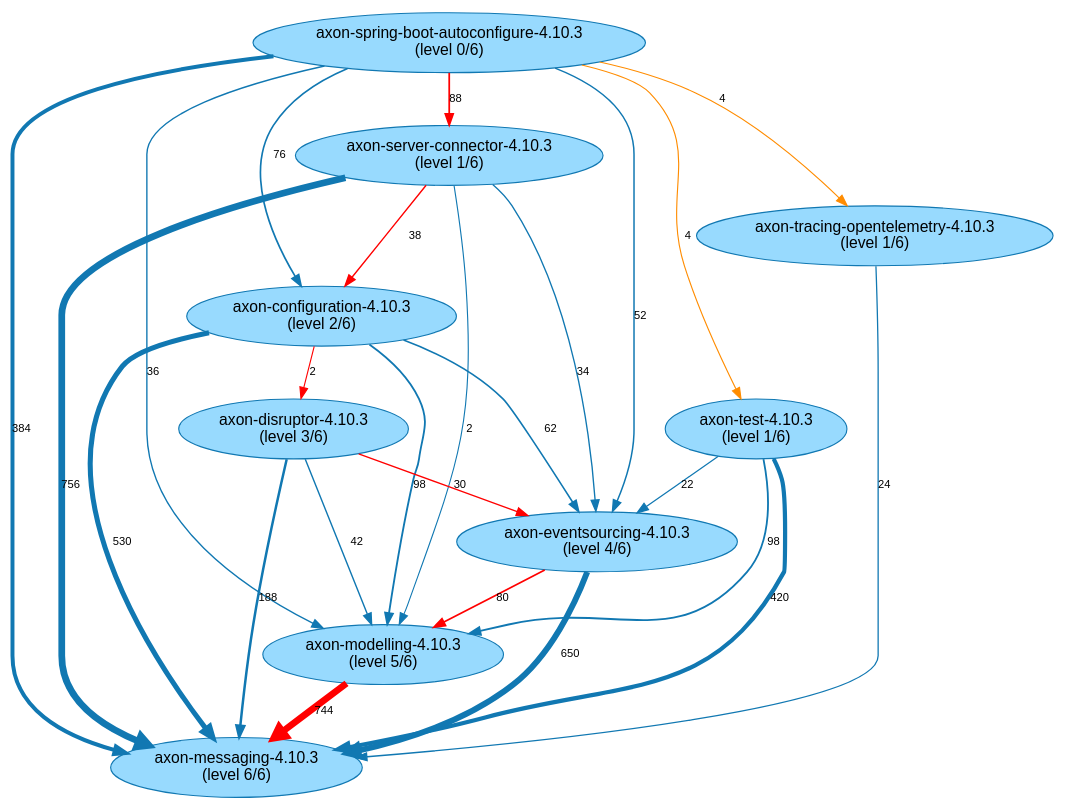
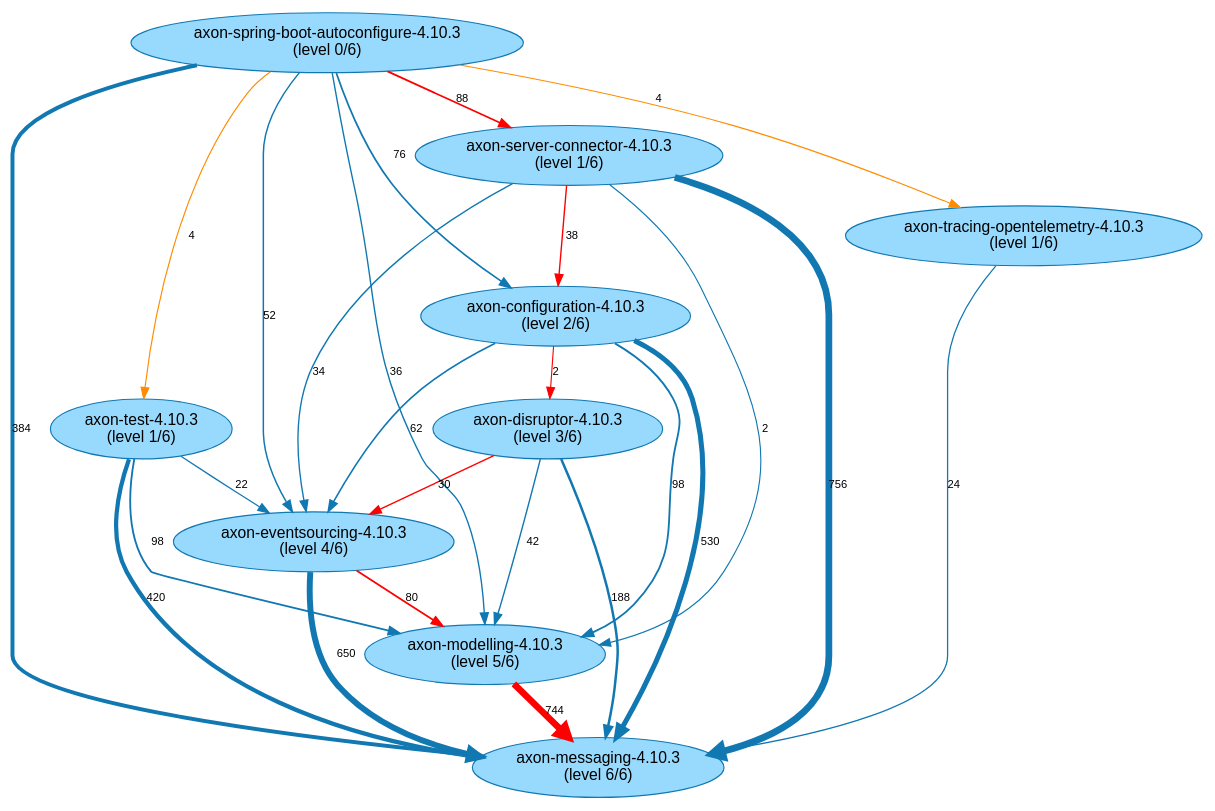
One commit to JohT/code-graph-analysis-examples changed the diagram in analysis-results/AxonFramework-4.10.3/path-finding-visualization/JavaArtifactLongestPaths.gv. Above: the diagram before and after it, drawn with Graphviz. The commit also changed other lines of this file and 110 other files, not shown here.

```diff
--- a/analysis-results/AxonFramework-4.10.3/path-finding-visualization/JavaArtifactLongestPaths.gv
+++ b/analysis-results/AxonFramework-4.10.3/path-finding-visualization/JavaArtifactLongestPaths.gv
@@ -1,37 +1,37 @@
 // This GraphViz dot file was generated by the script convertQueryResultCsvToGraphVizDotFile.sh with default.template
 
 strict digraph JavaArtifactLongestPaths {
     fontname = "Helvetica,Arial,sans-serif";
     node [fontname = "Helvetica,Arial,sans-serif";];
     edge [fontname = "Helvetica,Arial,sans-serif"; fontsize = 10;];
     node [style = filled; fillcolor = "0.560 0.400 0.999";];
     node [color = "0.560 0.900 0.700";];
     edge [color = "0.560 0.900 0.700";];
 	"axon-eventsourcing-4.10.3\n(level 4/6)" -> "axon-messaging-4.10.3\n(level 6/6)" [label=650; penwidth=5.3; ];
 	"axon-eventsourcing-4.10.3\n(level 4/6)" -> "axon-modelling-4.10.3\n(level 5/6)" [label=80; penwidth=1.52; color="red"; ];
+	"axon-spring-boot-autoconfigure-4.10.3\n(level 0/6)" -> "axon-server-connector-4.10.3\n(level 1/6)" [label=88; penwidth=1.57; color="red"; ];
+	"axon-spring-boot-autoconfigure-4.10.3\n(level 0/6)" -> "axon-messaging-4.10.3\n(level 6/6)" [label=384; penwidth=3.53; ];
 	"axon-spring-boot-autoconfigure-4.10.3\n(level 0/6)" -> "axon-configuration-4.10.3\n(level 2/6)" [label=76; penwidth=1.49; ];
-	"axon-spring-boot-autoconfigure-4.10.3\n(level 0/6)" -> "axon-messaging-4.10.3\n(level 6/6)" [label=384; penwidth=3.53; ];
 	"axon-spring-boot-autoconfigure-4.10.3\n(level 0/6)" -> "axon-eventsourcing-4.10.3\n(level 4/6)" [label=52; penwidth=1.33; ];
-	"axon-spring-boot-autoconfigure-4.10.3\n(level 0/6)" -> "axon-server-connector-4.10.3\n(level 1/6)" [label=88; penwidth=1.57; color="red"; ];
 	"axon-spring-boot-autoconfigure-4.10.3\n(level 0/6)" -> "axon-modelling-4.10.3\n(level 5/6)" [label=36; penwidth=1.23; ];
 	"axon-spring-boot-autoconfigure-4.10.3\n(level 0/6)" -> "axon-test-4.10.3\n(level 1/6)" [label=4; penwidth=1.01; ];
 	"axon-spring-boot-autoconfigure-4.10.3\n(level 0/6)" -> "axon-tracing-opentelemetry-4.10.3\n(level 1/6)" [label=4; penwidth=1.01; ];
 	"axon-server-connector-4.10.3\n(level 1/6)" -> "axon-messaging-4.10.3\n(level 6/6)" [label=756; penwidth=6.0; ];
 	"axon-server-connector-4.10.3\n(level 1/6)" -> "axon-configuration-4.10.3\n(level 2/6)" [label=38; penwidth=1.24; color="red"; ];
 	"axon-server-connector-4.10.3\n(level 1/6)" -> "axon-eventsourcing-4.10.3\n(level 4/6)" [label=34; penwidth=1.21; ];
 	"axon-server-connector-4.10.3\n(level 1/6)" -> "axon-modelling-4.10.3\n(level 5/6)" [label=2; penwidth=1.0; ];
 	"axon-tracing-opentelemetry-4.10.3\n(level 1/6)" -> "axon-messaging-4.10.3\n(level 6/6)" [label=24; penwidth=1.15; ];
+	"axon-configuration-4.10.3\n(level 2/6)" -> "axon-messaging-4.10.3\n(level 6/6)" [label=530; penwidth=4.5; ];
+	"axon-configuration-4.10.3\n(level 2/6)" -> "axon-modelling-4.10.3\n(level 5/6)" [label=98; penwidth=1.64; ];
 	"axon-configuration-4.10.3\n(level 2/6)" -> "axon-eventsourcing-4.10.3\n(level 4/6)" [label=62; penwidth=1.4; ];
-	"axon-configuration-4.10.3\n(level 2/6)" -> "axon-modelling-4.10.3\n(level 5/6)" [label=98; penwidth=1.64; ];
-	"axon-configuration-4.10.3\n(level 2/6)" -> "axon-messaging-4.10.3\n(level 6/6)" [label=530; penwidth=4.5; ];
 	"axon-configuration-4.10.3\n(level 2/6)" -> "axon-disruptor-4.10.3\n(level 3/6)" [label=2; penwidth=1.0; color="red"; ];
 	"axon-modelling-4.10.3\n(level 5/6)" -> "axon-messaging-4.10.3\n(level 6/6)" [label=744; penwidth=5.92; color="red"; ];
+	"axon-disruptor-4.10.3\n(level 3/6)" -> "axon-messaging-4.10.3\n(level 6/6)" [label=188; penwidth=2.23; ];
 	"axon-disruptor-4.10.3\n(level 3/6)" -> "axon-eventsourcing-4.10.3\n(level 4/6)" [label=30; penwidth=1.19; color="red"; ];
-	"axon-disruptor-4.10.3\n(level 3/6)" -> "axon-messaging-4.10.3\n(level 6/6)" [label=188; penwidth=2.23; ];
 	"axon-disruptor-4.10.3\n(level 3/6)" -> "axon-modelling-4.10.3\n(level 5/6)" [label=42; penwidth=1.27; ];
+	"axon-test-4.10.3\n(level 1/6)" -> "axon-messaging-4.10.3\n(level 6/6)" [label=420; penwidth=3.77; ];
 	"axon-test-4.10.3\n(level 1/6)" -> "axon-modelling-4.10.3\n(level 5/6)" [label=98; penwidth=1.64; ];
-	"axon-test-4.10.3\n(level 1/6)" -> "axon-messaging-4.10.3\n(level 6/6)" [label=420; penwidth=3.77; ];
 	"axon-test-4.10.3\n(level 1/6)" -> "axon-eventsourcing-4.10.3\n(level 4/6)" [label=22; penwidth=1.13; ];
 	"axon-spring-boot-autoconfigure-4.10.3\n(level 0/6)" -> "axon-tracing-opentelemetry-4.10.3\n(level 1/6)" [label=4; penwidth=1.01; color="darkorange"; ];
 	"axon-spring-boot-autoconfigure-4.10.3\n(level 0/6)" -> "axon-test-4.10.3\n(level 1/6)" [label=4; penwidth=1.01; color="darkorange"; ];
 }
```
